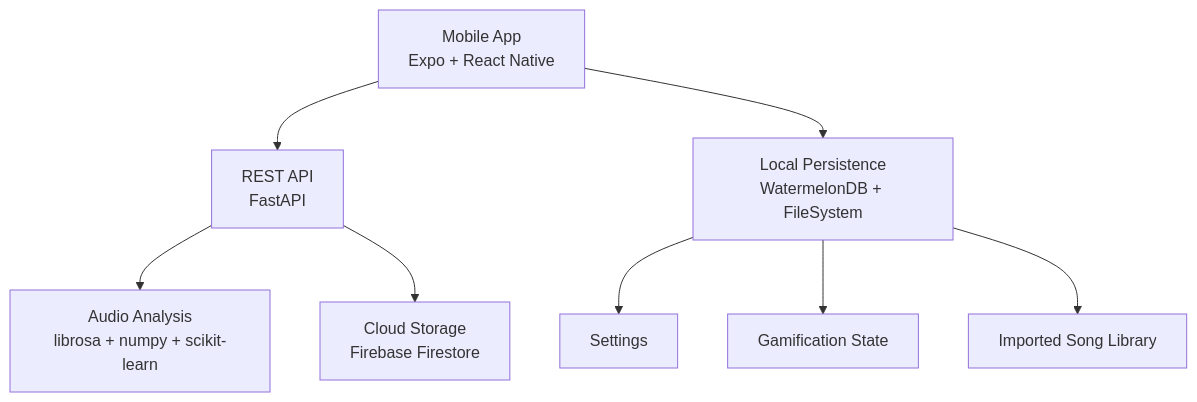
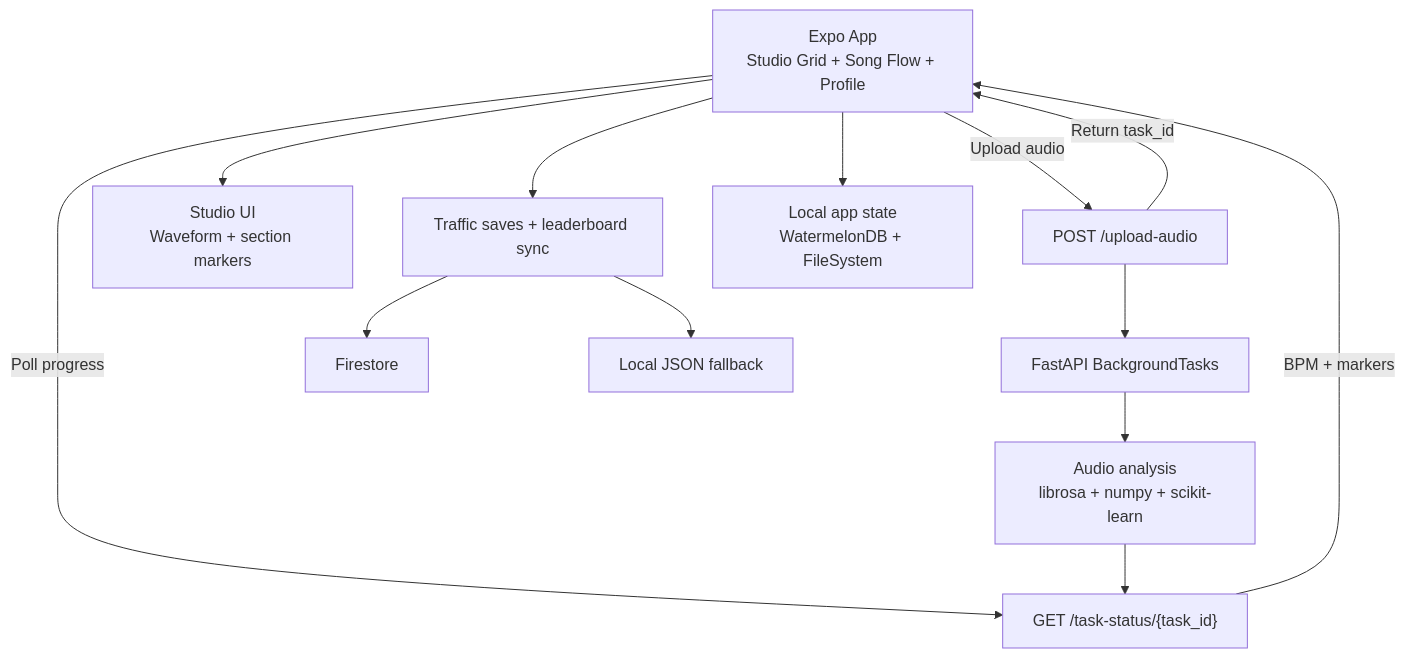
One commit to Gucera/TuneUp-Shut-the-SOUND-up- changed the first of 4 diagrams in README.md. Above: the diagram before and after it, drawn with Mermaid. The commit also changed other lines of this file and 18 other files, not shown here.

````diff
--- a/README.md
+++ b/README.md
@@ -212,10 +223,15 @@
 ```mermaid
 flowchart TD
-    A["Mobile App\nExpo + React Native"] --> B["REST API\nFastAPI"]
-    A --> C["Local Persistence\nWatermelonDB + FileSystem"]
-    B --> D["Audio Analysis\nlibrosa + numpy + scikit-learn"]
-    B --> E["Cloud Storage\nFirebase Firestore"]
-    C --> F["Settings"]
-    C --> G["Gamification State"]
-    C --> H["Imported Song Library"]
+    A["Expo App\nStudio Grid + Song Flow + Profile"] -->|Upload audio| B["POST /upload-audio"]
+    B -->|Return task_id| A
+    B --> C["FastAPI BackgroundTasks"]
+    C --> D["Audio analysis\nlibrosa + numpy + scikit-learn"]
+    A -->|Poll progress| E["GET /task-status/{task_id}"]
+    D --> E
+    E -->|BPM + markers| A
+    A --> F["Studio UI\nWaveform + section markers"]
+    A --> G["Traffic saves + leaderboard sync"]
+    G --> H["Firestore"]
+    G --> I["Local JSON fallback"]
+    A --> J["Local app state\nWatermelonDB + FileSystem"]
 ```
````
